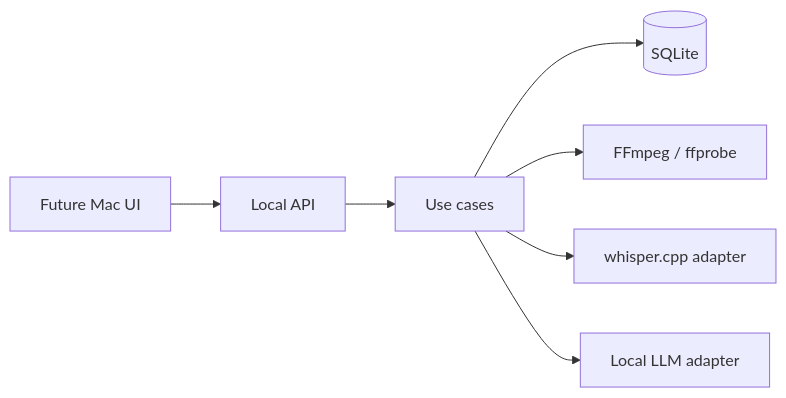
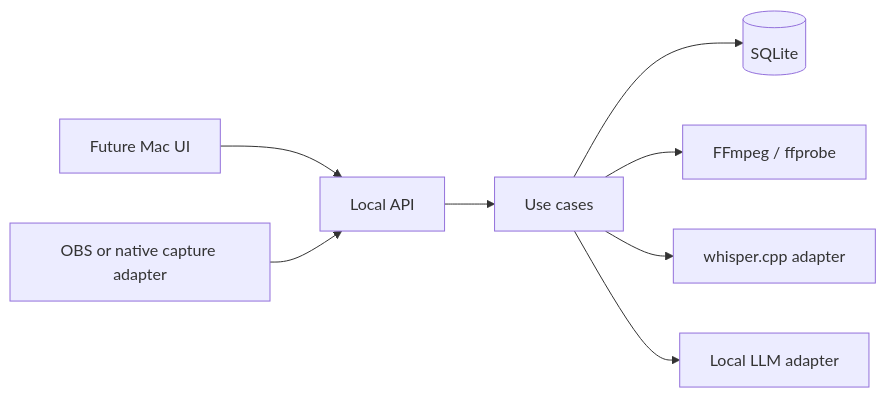
The first of 2 diagrams in docs/ARCHITECTURE.md (matthewli-lkm/video-edit-automation), drawn with Mermaid before and after one commit. The commit also changed other lines of this file and 17 other files, not shown here.

````diff
--- a/docs/ARCHITECTURE.md
+++ b/docs/ARCHITECTURE.md
@@ -16,9 +16,10 @@
 ```mermaid
 flowchart LR
     UI["Future Mac UI"] --> API["Local API"]
+    CAP["OBS or native capture adapter"] --> API
     API --> APP["Use cases"]
     APP --> DB[("SQLite")]
     APP --> MEDIA["FFmpeg / ffprobe"]
     APP --> STT["whisper.cpp adapter"]
     APP --> LLM["Local LLM adapter"]
 ```
````
